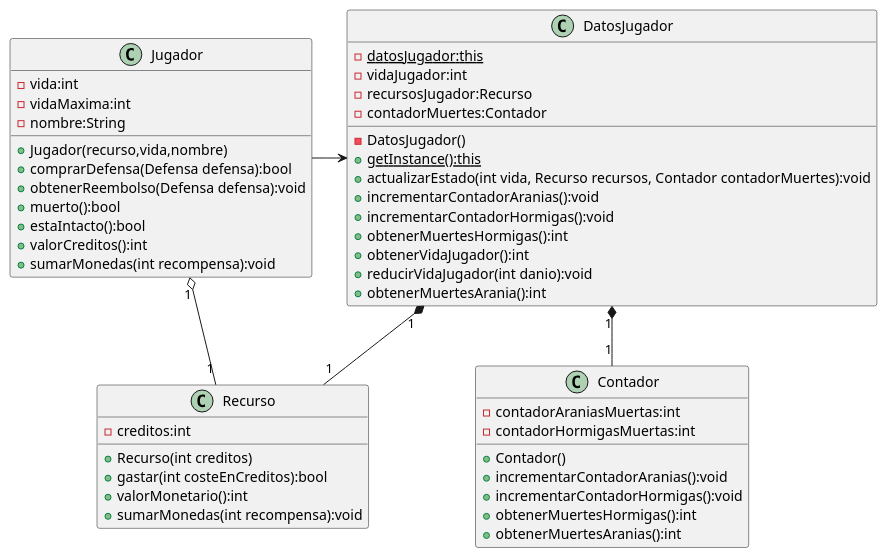
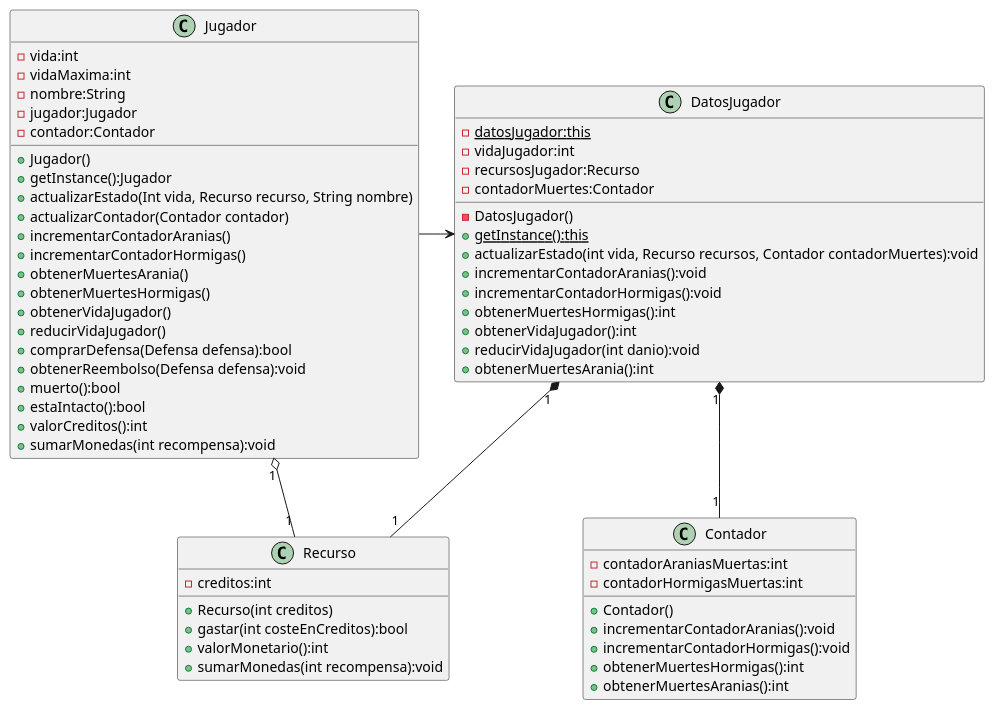
The diagram in diagrams/classes/Ent2/jugador.plantuml (lucas96will/algo3_tp2_fiuba), drawn with PlantUML before and after one commit. The commit also changed 23 other files, not shown here.

Commit message:
Pair Programming Manuel: DatosJugador ya no existe y su funcionalidad se paso a jugador(sin testear) Estado enemigo (Muerto/Vivo)(sin testear) Patrón Null para Defensa y Posicion(sin terminar)

```diff
--- a/diagrams/classes/Ent2/jugador.plantuml
+++ b/diagrams/classes/Ent2/jugador.plantuml
@@ -1,56 +1,67 @@
 @startuml
 
 class Jugador {
     -vida:int
     -vidaMaxima:int
     -nombre:String
-    +Jugador(recurso,vida,nombre)
+    -jugador:Jugador
+    -contador:Contador
+    +Jugador()
+    +getInstance():Jugador
+    +actualizarEstado(Int vida, Recurso recurso, String nombre)
+    +actualizarContador(Contador contador)
+    +incrementarContadorAranias()
+    +incrementarContadorHormigas()
+    +obtenerMuertesArania()
+    +obtenerMuertesHormigas()
+    +obtenerVidaJugador()
+    +reducirVidaJugador()
     +comprarDefensa(Defensa defensa):bool
     +obtenerReembolso(Defensa defensa):void
     +muerto():bool
     +estaIntacto():bool
     +valorCreditos():int
     +sumarMonedas(int recompensa):void
 }
 
 class Recurso {
     -creditos:int
     +Recurso(int creditos)
     +gastar(int costeEnCreditos):bool
     +valorMonetario():int
     +sumarMonedas(int recompensa):void
 
 }
 
 class DatosJugador {
     {static}-datosJugador:this
     -vidaJugador:int
     -recursosJugador:Recurso
     -contadorMuertes:Contador
     -DatosJugador()
     {static}+getInstance():this
     +actualizarEstado(int vida, Recurso recursos, Contador contadorMuertes):void
     +incrementarContadorAranias():void
     +incrementarContadorHormigas():void
     +obtenerMuertesHormigas():int
     +obtenerVidaJugador():int
     +reducirVidaJugador(int danio):void
     +obtenerMuertesArania():int
 }
 
 class Contador {
     -contadorAraniasMuertas:int
     -contadorHormigasMuertas:int
     +Contador()
     +incrementarContadorAranias():void
     +incrementarContadorHormigas():void
     +obtenerMuertesHormigas():int
     +obtenerMuertesAranias():int
 }
 
 Jugador "1" o-- "1" Recurso
 DatosJugador "1" *-- "1" Recurso
 DatosJugador "1" *-- "1" Contador
 Jugador -> DatosJugador
 
 @enduml
```
